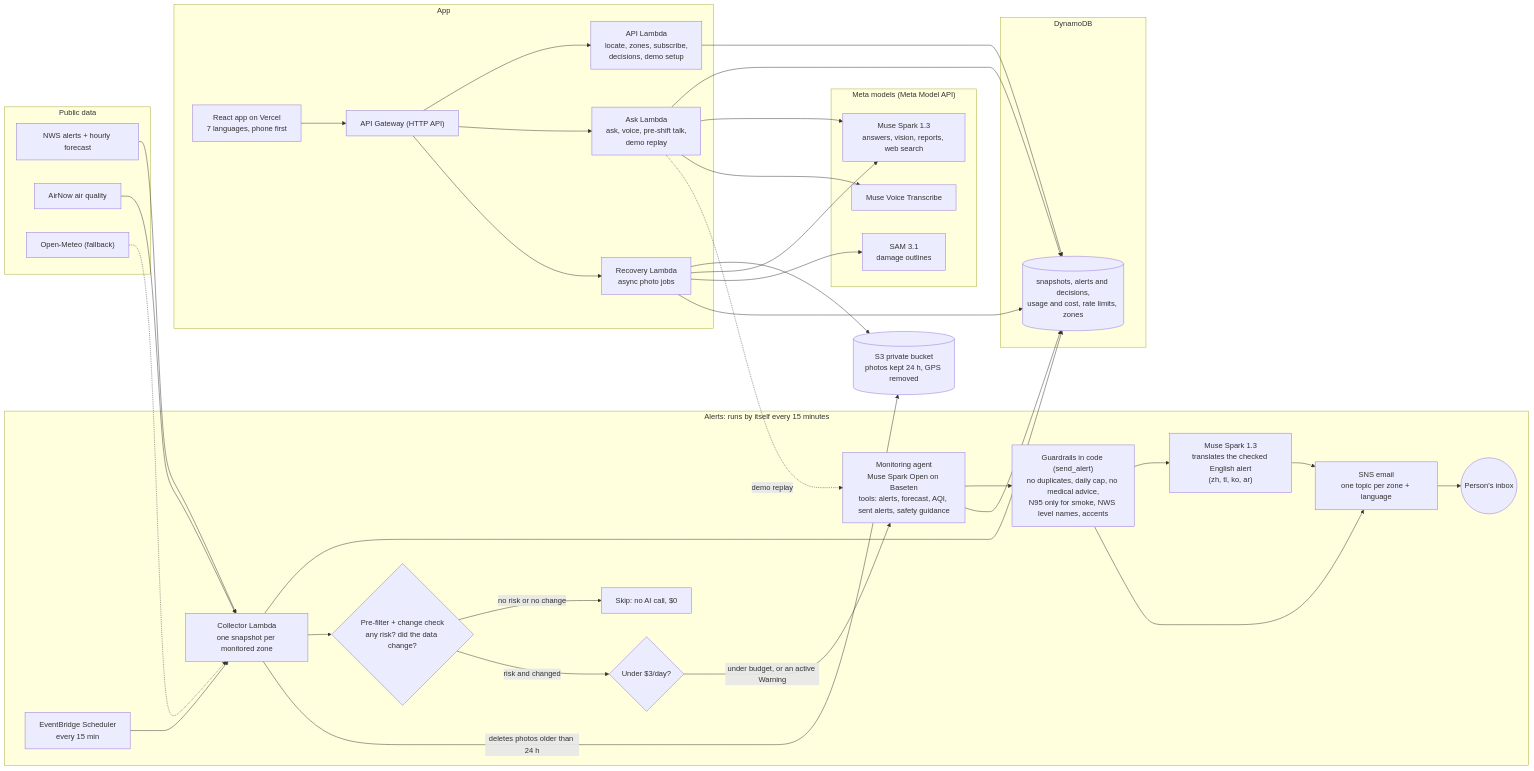
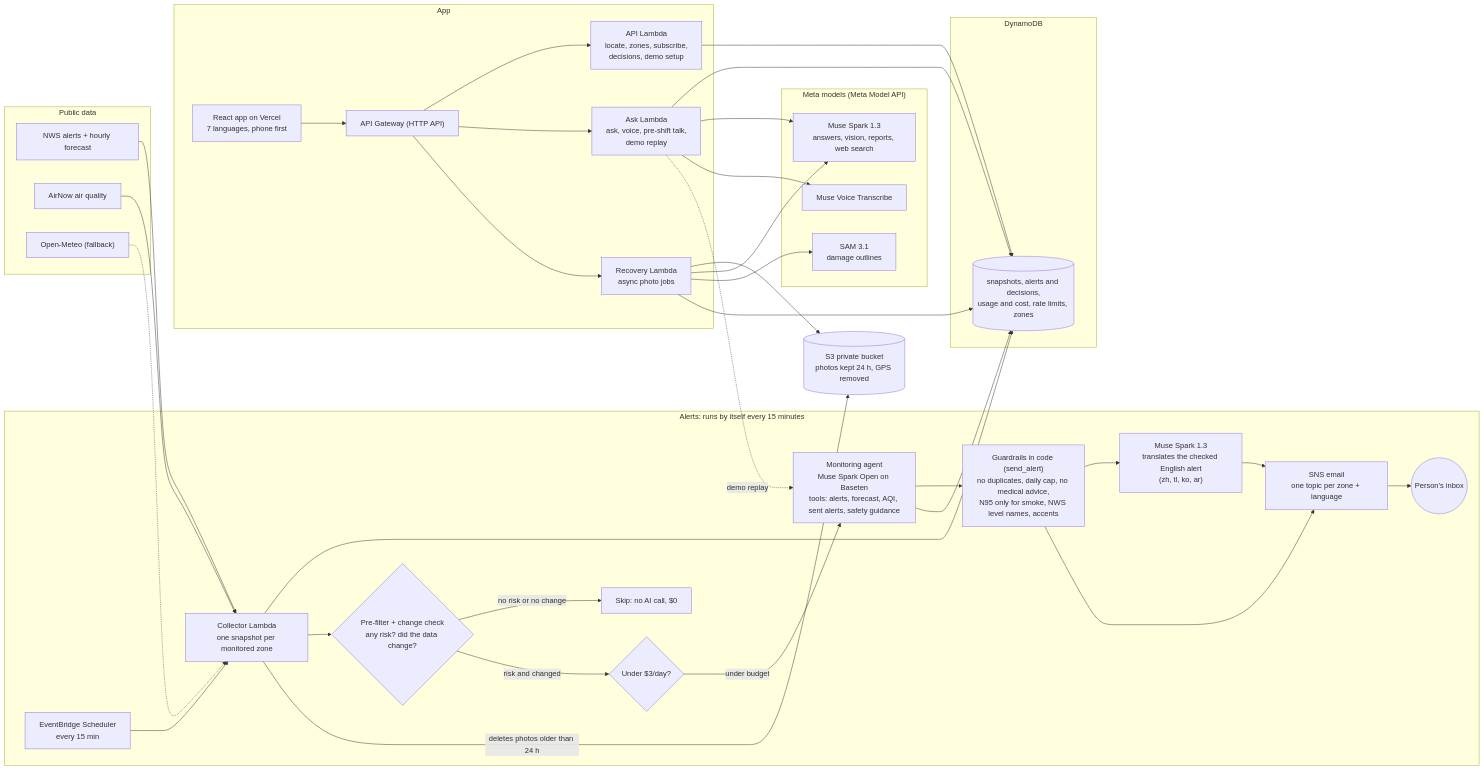
Before and after one commit to dangkhoa241/ClimateGuard: the diagram in README.md, drawn with Mermaid. The commit also changed other lines of this file and 11 other files, not shown here.

Commit message:
Add interactive workflow diagram

````diff
--- a/README.md
+++ b/README.md
@@ -65,72 +65,72 @@
 ```mermaid
 flowchart LR
   subgraph DATA["Public data"]
     NWS["NWS alerts + hourly forecast"]
     AIR["AirNow air quality"]
     OM["Open-Meteo (fallback)"]
   end
 
   subgraph ALERTS["Alerts: runs by itself every 15 minutes"]
     EB["EventBridge Scheduler<br/>every 15 min"]
     COL["Collector Lambda<br/>one snapshot per monitored zone"]
     PRE{"Pre-filter + change check<br/>any risk? did the data change?"}
     SKIP["Skip: no AI call, $0"]
     BUD{"Under $3/day?"}
     AGENT["Monitoring agent<br/>Muse Spark Open on Baseten<br/>tools: alerts, forecast, AQI, sent alerts, safety guidance"]
     GUARD["Guardrails in code (send_alert)<br/>no duplicates, daily cap, no medical advice,<br/>N95 only for smoke, NWS level names, accents"]
     TR["Muse Spark 1.3<br/>translates the checked English alert<br/>(zh, tl, ko, ar)"]
     SNS["SNS email<br/>one topic per zone + language"]
     PERSON(("Person's inbox"))
   end
 
   subgraph STORE["DynamoDB"]
     DB[("snapshots, alerts and decisions,<br/>usage and cost, rate limits, zones")]
   end
 
   subgraph APP["App"]
     FE["React app on Vercel<br/>7 languages, phone first"]
     API["API Gateway (HTTP API)"]
     L1["API Lambda<br/>locate, zones, subscribe,<br/>decisions, demo setup"]
     L2["Ask Lambda<br/>ask, voice, pre-shift talk,<br/>demo replay"]
     L3["Recovery Lambda<br/>async photo jobs"]
   end
 
   subgraph MODELS["Meta models (Meta Model API)"]
     MS["Muse Spark 1.3<br/>answers, vision, reports, web search"]
     VT["Muse Voice Transcribe"]
     SAM["SAM 3.1<br/>damage outlines"]
   end
 
   S3[("S3 private bucket<br/>photos kept 24 h, GPS removed")]
 
   NWS --> COL
   AIR --> COL
   OM -.-> COL
   EB --> COL
   COL --> DB
   COL --> PRE
   PRE -- "no risk or no change" --> SKIP
   PRE -- "risk and changed" --> BUD
-  BUD -- "under budget, or an active Warning" --> AGENT
+  BUD -- "under budget" --> AGENT
   AGENT --> GUARD
   GUARD --> TR
   TR --> SNS
   GUARD --> SNS
   SNS --> PERSON
   AGENT --> DB
   COL -- "deletes photos older than 24 h" --> S3
 
   FE --> API
   API --> L1
   API --> L2
   API --> L3
   L1 --> DB
   L2 --> DB
   L2 --> MS
   L2 --> VT
   L2 -. "demo replay" .-> AGENT
   L3 --> S3
   L3 --> MS
   L3 --> SAM
   L3 --> DB
 ```
````
